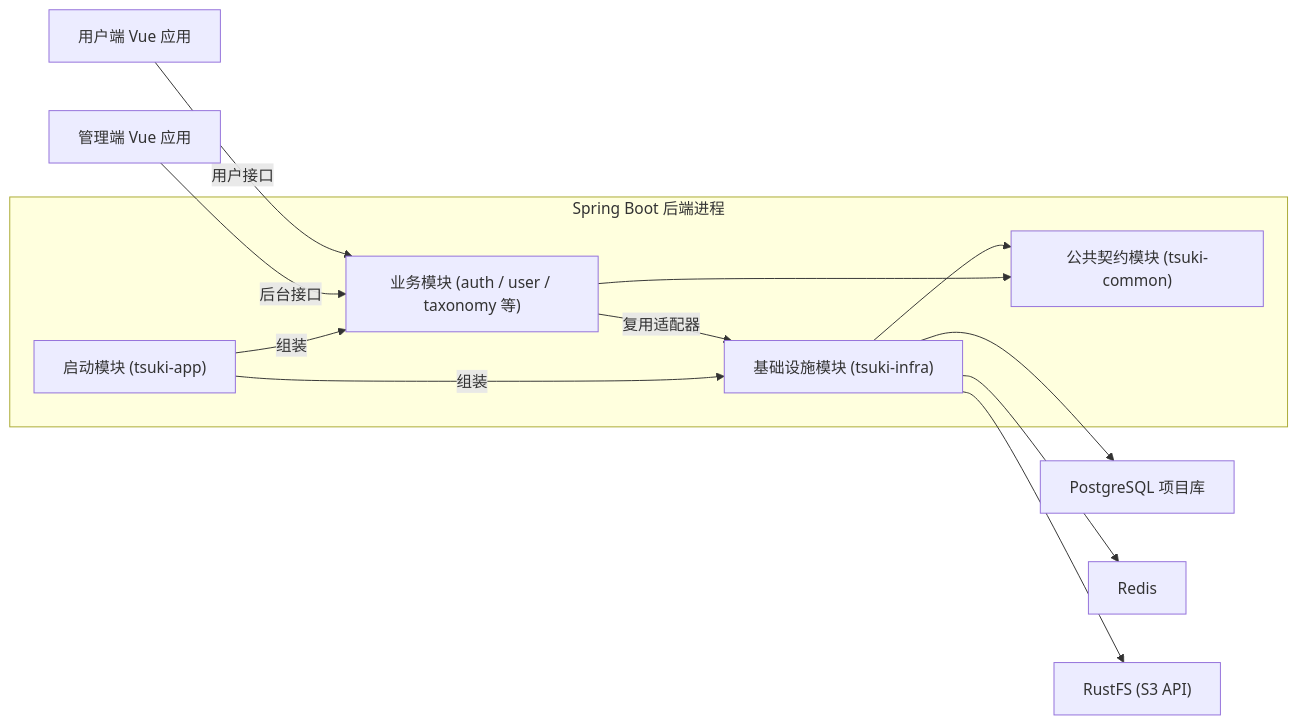
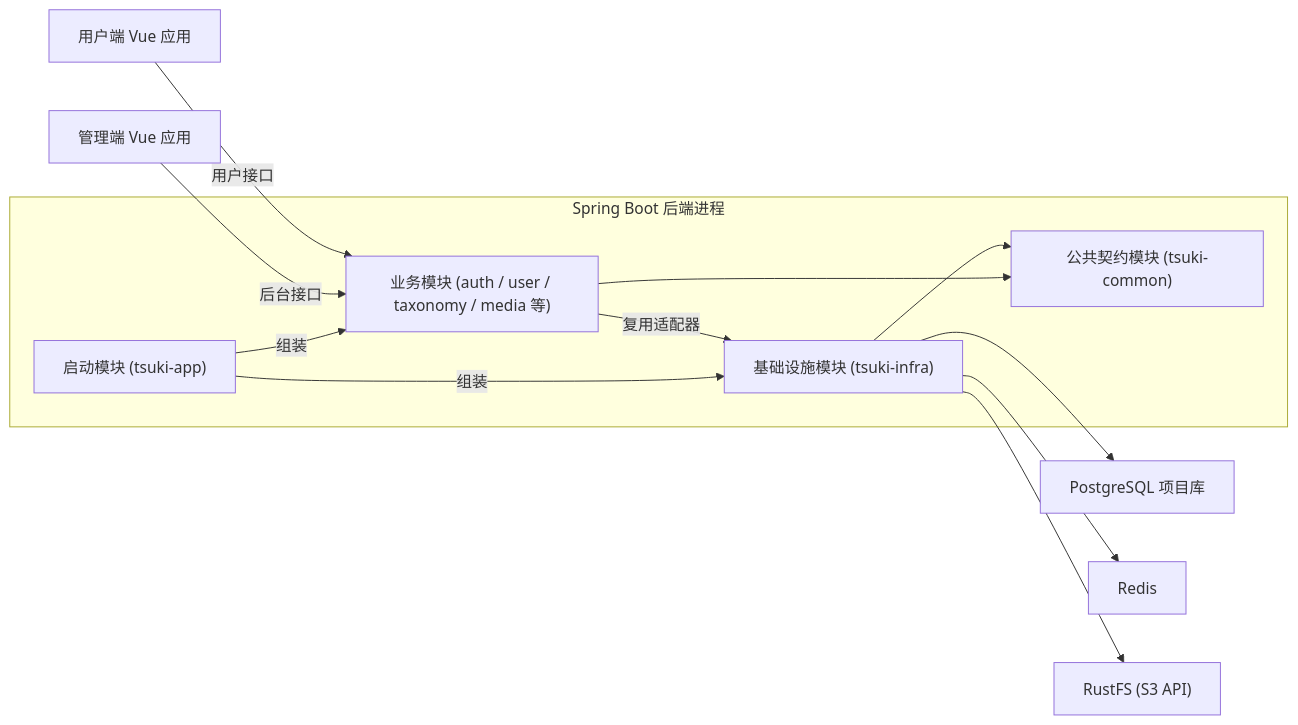
One commit to 0Elaina/tsuki changed the diagram in docs/01-project-overview.md. Above: the diagram before and after it, drawn with Mermaid. The commit also changed other lines of this file and 1 other file, not shown here.

Commit message:
docs(media): 更新工程指南、项目概览与媒体存储约定

````diff
--- a/docs/01-project-overview.md
+++ b/docs/01-project-overview.md
@@ -14,15 +14,15 @@
 ```mermaid
 flowchart LR
     subgraph Server["Spring Boot 后端进程"]
-        App["启动模块 (tsuki-app)"] -->|组装| Business["业务模块 (auth / user / taxonomy 等)"]
+        App["启动模块 (tsuki-app)"] -->|组装| Business["业务模块 (auth / user / taxonomy / media 等)"]
         App -->|组装| Infra["基础设施模块 (tsuki-infra)"]
         Business -->|复用适配器| Infra
         Business --> Common["公共契约模块 (tsuki-common)"]
         Infra --> Common
     end
     Admin["管理端 Vue 应用"] -->|后台接口| Business
     User["用户端 Vue 应用"] -->|用户接口| Business
     Infra --> Postgres["PostgreSQL 项目库"]
     Infra --> Redis["Redis"]
     Infra --> RustFS["RustFS (S3 API)"]
 ```
````
